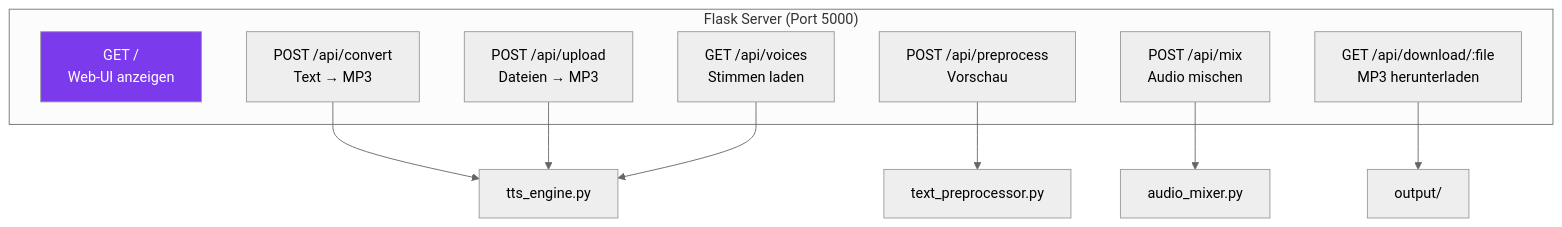
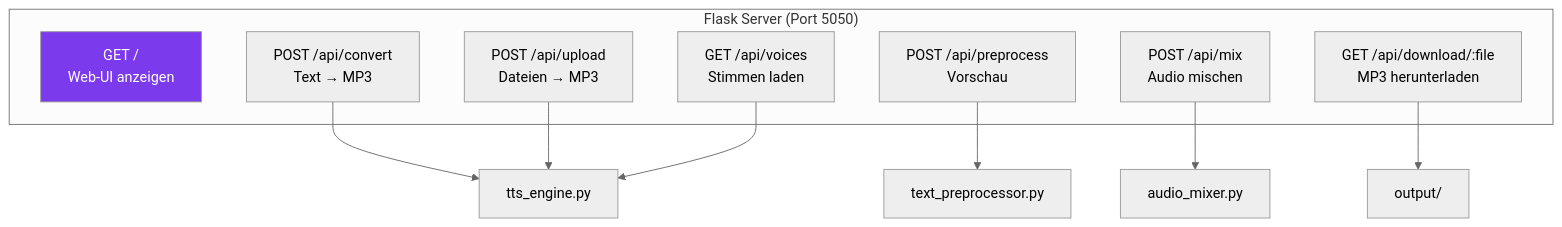
The seventh of 10 diagrams in text-to-speech/doc/architecture.md (chistianpampus/learning), drawn with Mermaid (neutral theme) before and after one commit. The commit also changed 4 other files, not shown here.

````diff
--- a/text-to-speech/doc/architecture.md
+++ b/text-to-speech/doc/architecture.md
@@ -197,21 +197,21 @@
 ```mermaid
 graph TD
-    subgraph "Flask Server (Port 5000)"
+    subgraph "Flask Server (Port 5050)"
         R1["GET /<br/>Web-UI anzeigen"]
         R2["POST /api/convert<br/>Text → MP3"]
         R3["POST /api/upload<br/>Dateien → MP3"]
         R4["GET /api/voices<br/>Stimmen laden"]
         R5["POST /api/preprocess<br/>Vorschau"]
         R6["POST /api/mix<br/>Audio mischen"]
         R7["GET /api/download/:file<br/>MP3 herunterladen"]
     end
 
     R2 --> TTS["tts_engine.py"]
     R3 --> TTS
     R4 --> TTS
     R5 --> PP["text_preprocessor.py"]
     R6 --> MIX["audio_mixer.py"]
     R7 --> FS["output/"]
 
     style R1 fill:#7c3aed,color:#fff
 ```
````
